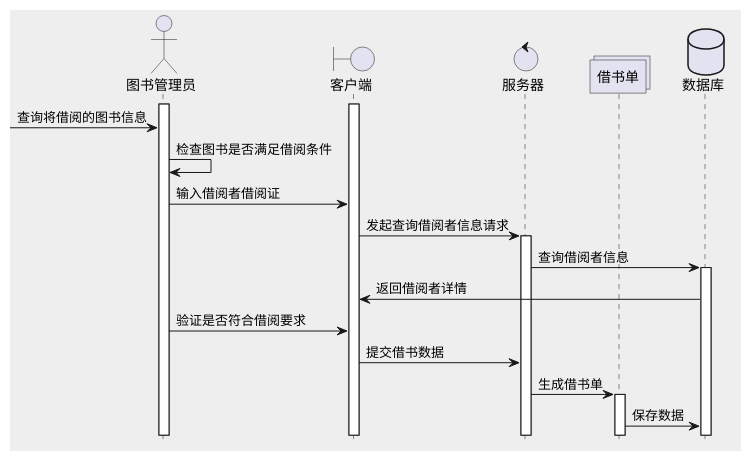
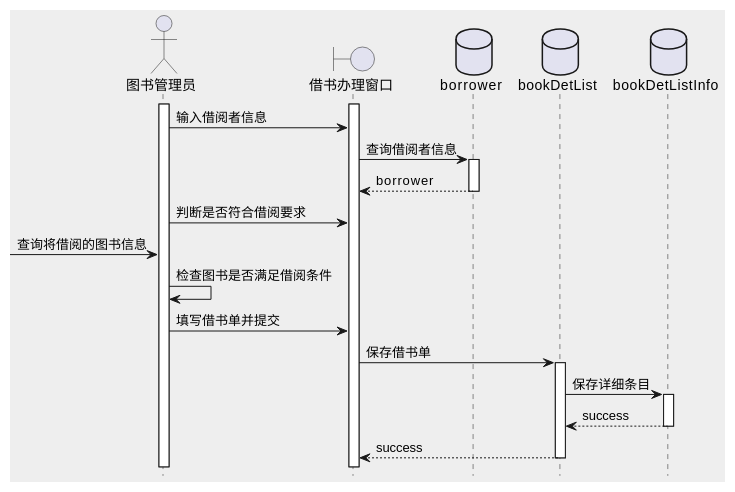
The third of 11 diagrams in test4/uaseCase.pu (201610414130/is_analysis-4), drawn with PlantUML before and after one commit. The commit also changed other lines of this file and 13 other files, not shown here.

```diff
--- a/test4/uaseCase.pu
+++ b/test4/uaseCase.pu
@@ -47,27 +34,28 @@
 @startuml 借书
 skinparam backgroundColor #eee
 hide footbox
 actor 图书管理员
-boundary 客户端
-control 服务器
-' entity bookMenu
-collections 借书单
-database 数据库
-
-
+boundary 借书办理窗口
+database borrower
+database bookDetList
+database bookDetListInfo
 activate 图书管理员
-activate 客户端
+activate 借书办理窗口
+图书管理员 -> 借书办理窗口: 输入借阅者信息
+借书办理窗口 -> borrower: 查询借阅者信息
+activate borrower
+borrower --> 借书办理窗口: borrower
+deactivate borrower
+图书管理员 -> 借书办理窗口: 判断是否符合借阅要求
 [-> 图书管理员: 查询将借阅的图书信息
 图书管理员 -> 图书管理员: 检查图书是否满足借阅条件
-图书管理员 -> 客户端: 输入借阅者借阅证
-客户端 -> 服务器: 发起查询借阅者信息请求
-activate 服务器
-服务器 -> 数据库: 查询借阅者信息
-activate 数据库
-数据库 -> 客户端: 返回借阅者详情
-图书管理员 -> 客户端: 验证是否符合借阅要求
-客户端 -> 服务器: 提交借书数据
-服务器 -> 借书单: 生成借书单
-activate 借书单
-借书单 -> 数据库: 保存数据
+图书管理员 -> 借书办理窗口: 填写借书单并提交
+借书办理窗口 -> bookDetList: 保存借书单
+activate bookDetList
+bookDetList -> bookDetListInfo: 保存详细条目
+activate bookDetListInfo
+bookDetListInfo-->bookDetList: success
+deactivate bookDetListInfo
+bookDetList --> 借书办理窗口: success
+deactivate bookDetList
 @enduml
```
